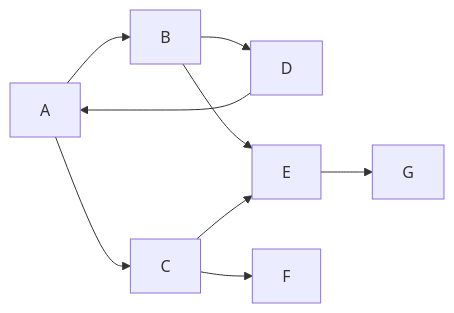
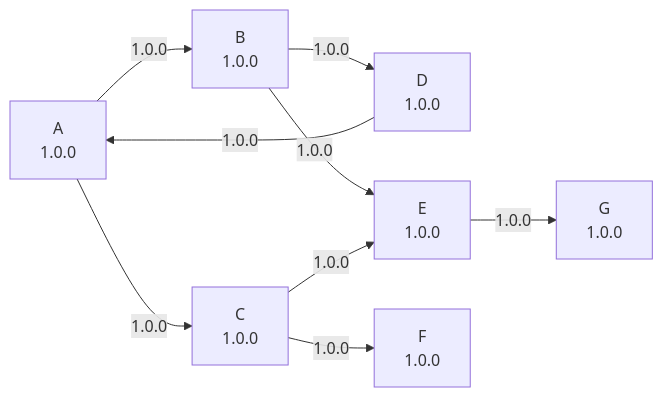
Before and after one commit to liluar/config-management-practice-2: the diagram in examples/visualizations/package_a.mmd, drawn with Mermaid. The commit also changed 18 other files, not shown here.

```diff
--- a/examples/visualizations/package_a.mmd
+++ b/examples/visualizations/package_a.mmd
@@ -1,16 +1,16 @@
 flowchart LR
-    N0["A"]
-    N1["B"]
-    N2["C"]
-    N3["D"]
-    N4["E"]
-    N5["F"]
-    N6["G"]
-    N0 --> N1
-    N0 --> N2
-    N1 --> N3
-    N1 --> N4
-    N2 --> N4
-    N2 --> N5
-    N3 --> N0
-    N4 --> N6
+    N0["A<br/>1.0.0"]
+    N1["B<br/>1.0.0"]
+    N2["C<br/>1.0.0"]
+    N3["D<br/>1.0.0"]
+    N4["E<br/>1.0.0"]
+    N5["F<br/>1.0.0"]
+    N6["G<br/>1.0.0"]
+    N0 -->|1.0.0| N1
+    N0 -->|1.0.0| N2
+    N1 -->|1.0.0| N3
+    N1 -->|1.0.0| N4
+    N2 -->|1.0.0| N4
+    N2 -->|1.0.0| N5
+    N3 -->|1.0.0| N0
+    N4 -->|1.0.0| N6
```
